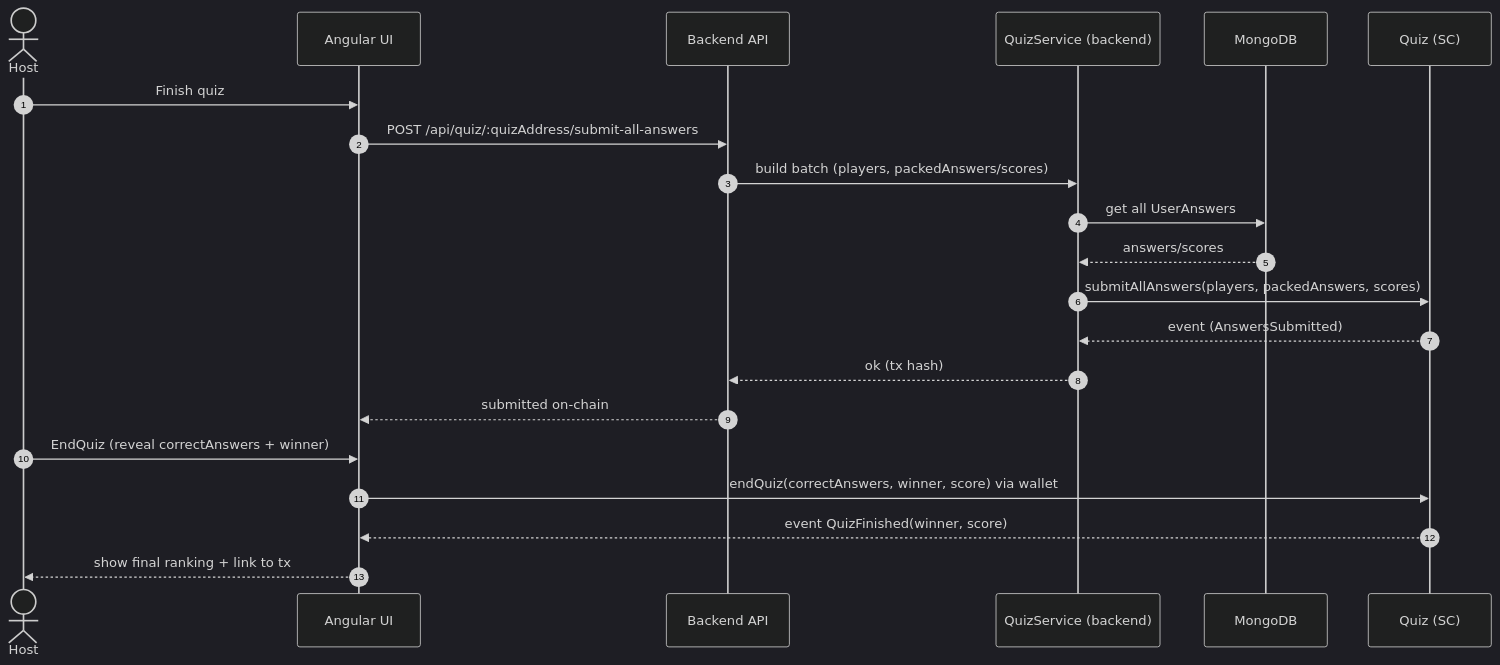
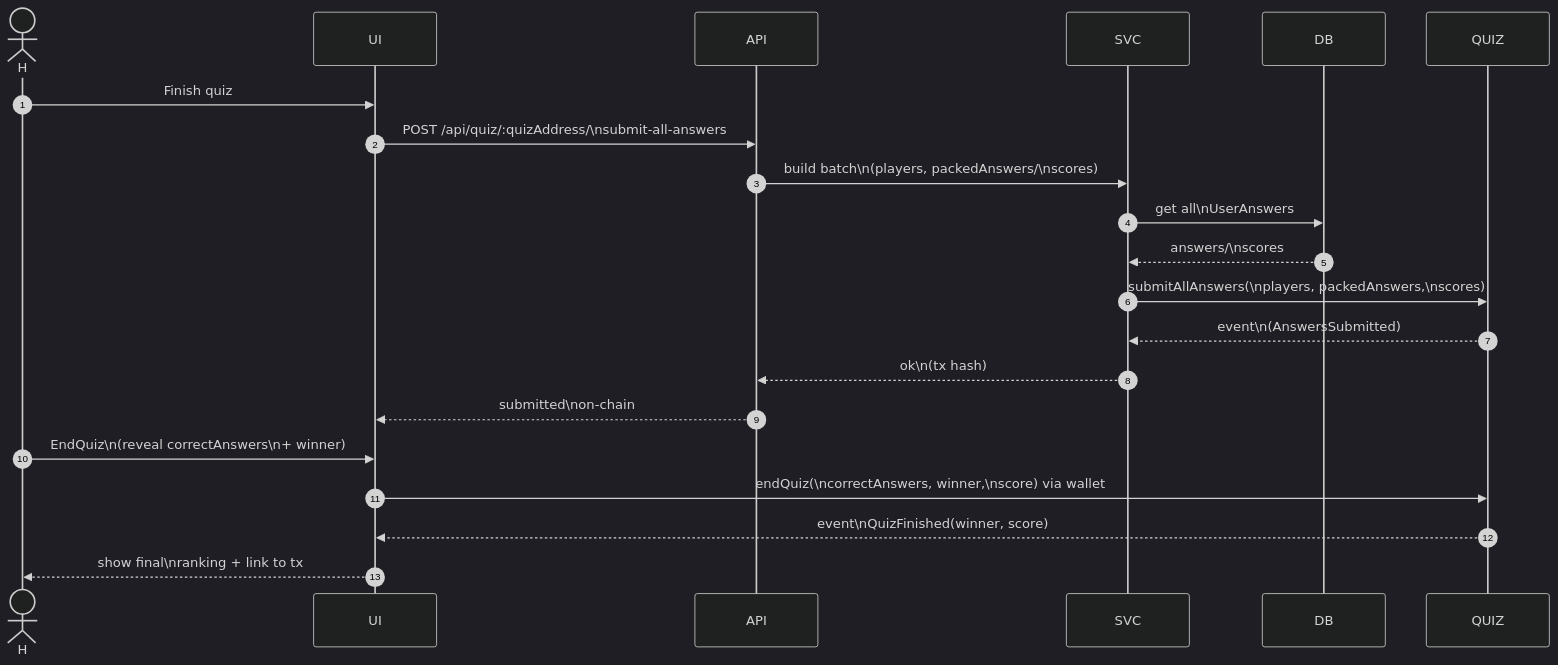
One commit to ian12-21/QuizApp-Frontend changed the eighth of 8 diagrams in frontend-readme.md. Above: the diagram before and after it, drawn with Mermaid (dark theme). The commit also changed other lines of this file, not shown here.

````diff
--- a/frontend-readme.md
+++ b/frontend-readme.md
@@ -184,25 +185,25 @@
 ```mermaid
 sequenceDiagram
     autonumber
-    actor H as Host
-    participant UI as Angular UI
-    participant API as Backend API
-    participant SVC as QuizService (backend)
-    participant DB as MongoDB
-    participant QUIZ as Quiz (SC)
+    actor H as H
+    participant UI as UI
+    participant API as API
+    participant SVC as SVC
+    participant DB as DB
+    participant QUIZ as QUIZ
 
     H->>UI: Finish quiz
-    UI->>API: POST /api/quiz/:quizAddress/submit-all-answers
-    API->>SVC: build batch (players, packedAnswers/scores)
-    SVC->>DB: get all UserAnswers
-    DB-->>SVC: answers/scores
-    SVC->>QUIZ: submitAllAnswers(players, packedAnswers, scores)
-    QUIZ-->>SVC: event (AnswersSubmitted)
-    SVC-->>API: ok (tx hash)
-    API-->>UI: submitted on-chain
+    UI->>API: POST /api/quiz/:quizAddress/\nsubmit-all-answers
+    API->>SVC: build batch\n(players, packedAnswers/\nscores)
+    SVC->>DB: get all\nUserAnswers
+    DB-->>SVC: answers/\nscores
+    SVC->>QUIZ: submitAllAnswers(\nplayers, packedAnswers,\nscores)
+    QUIZ-->>SVC: event\n(AnswersSubmitted)
+    SVC-->>API: ok\n(tx hash)
+    API-->>UI: submitted\non-chain
 
-    H->>UI: EndQuiz (reveal correctAnswers + winner)
-    UI->>QUIZ: endQuiz(correctAnswers, winner, score) via wallet
-    QUIZ-->>UI: event QuizFinished(winner, score)
-    UI-->>H: show final ranking + link to tx
+    H->>UI: EndQuiz\n(reveal correctAnswers\n+ winner)
+    UI->>QUIZ: endQuiz(\ncorrectAnswers, winner,\nscore) via wallet
+    QUIZ-->>UI: event\nQuizFinished(winner, score)
+    UI-->>H: show final\nranking + link to tx
 ```
````
